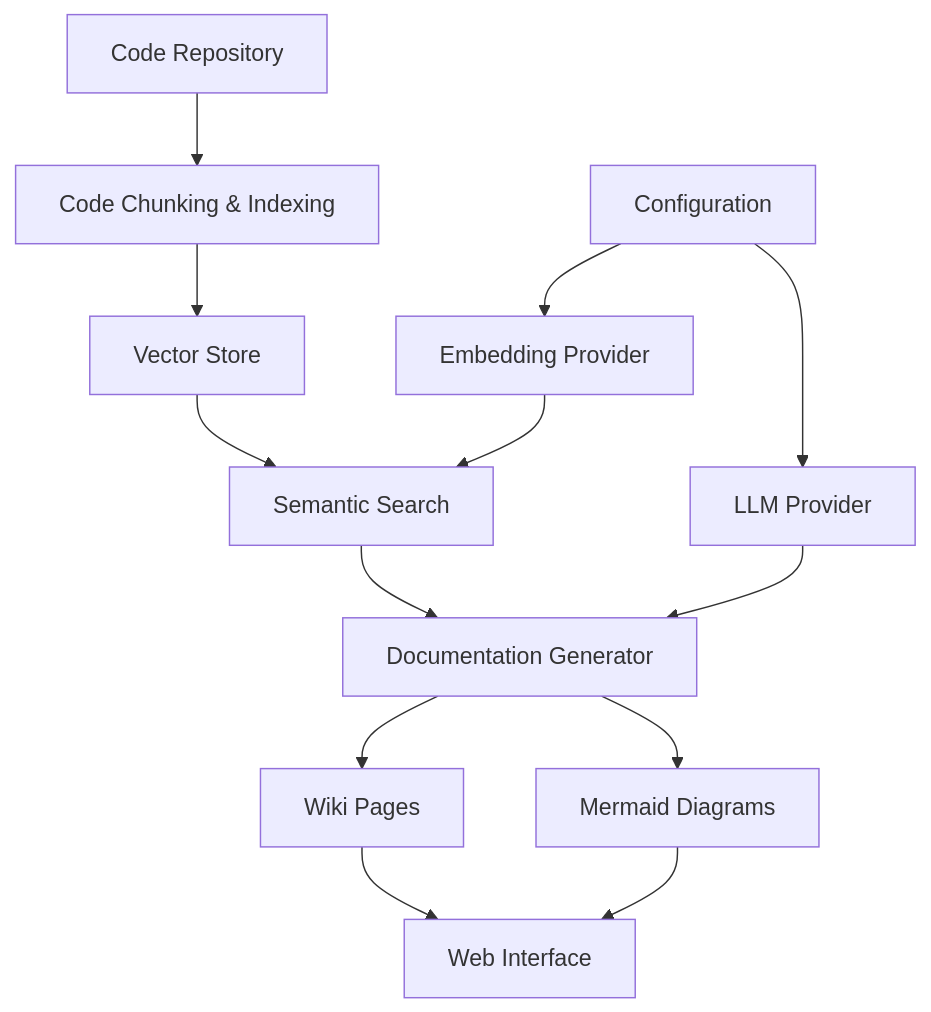
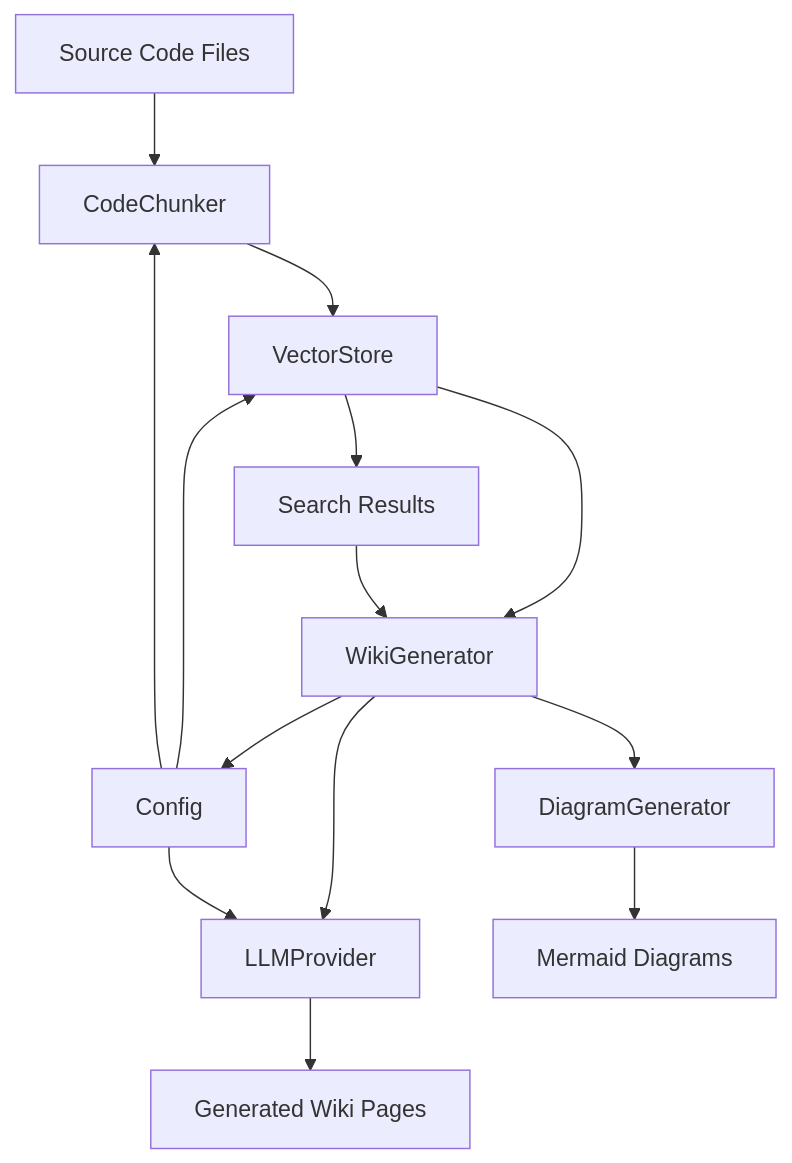
One commit to UrbanDiver/local-deepwiki-mcp changed the diagram in .deepwiki/architecture.md. Above: the diagram before and after it, drawn with Mermaid. The commit also changed other lines of this file and 25 other files, not shown here.

First line of the commit message:
Regenerate wiki documentation

````diff
--- a/.deepwiki/architecture.md
+++ b/.deepwiki/architecture.md
@@ -55,15 +60,16 @@
 ```mermaid
 graph TD
-    A[Code Repository] --> B[Code Chunking & Indexing]
-    B --> C[Vector Store]
-    C --> D[Semantic Search]
-    D --> E[Documentation Generator]
-    E --> F[Mermaid Diagrams]
-    E --> G[Wiki Pages]
-    G --> H[Web Interface]
-    F --> H
-    I[Configuration] --> J[LLM Provider]
-    I --> K[Embedding Provider]
+    A[Source Code Files] --> B[CodeChunker]
+    B --> C[VectorStore]
+    C --> D[WikiGenerator]
+    D --> E[LLMProvider]
+    D --> F[DiagramGenerator]
+    E --> G[Generated Wiki Pages]
+    F --> H[Mermaid Diagrams]
+    C --> I[Search Results]
+    I --> D
+    D --> J[Config]
     J --> E
-    K --> D
+    J --> C
+    J --> B
 ```
````
